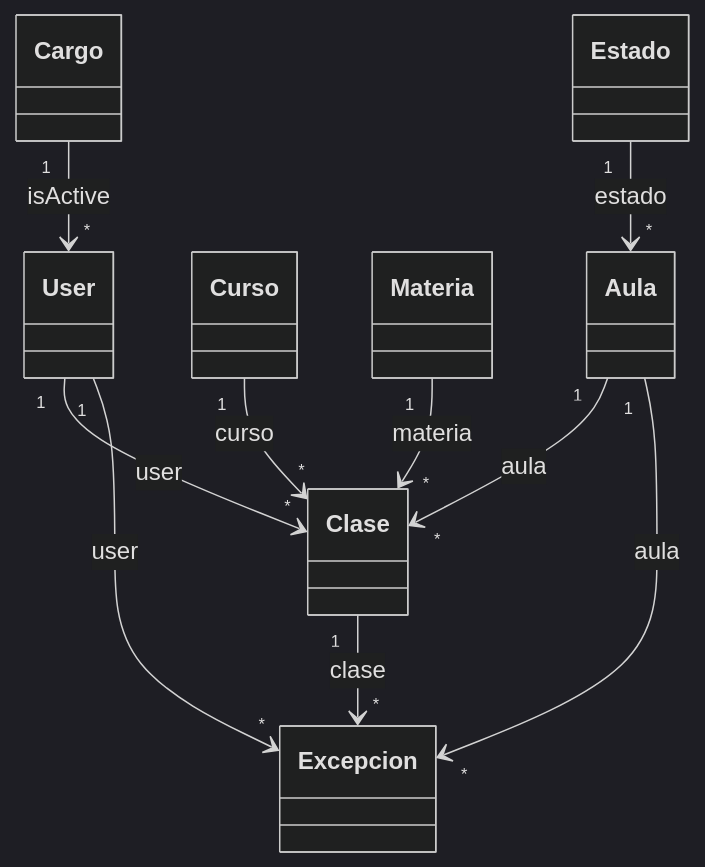
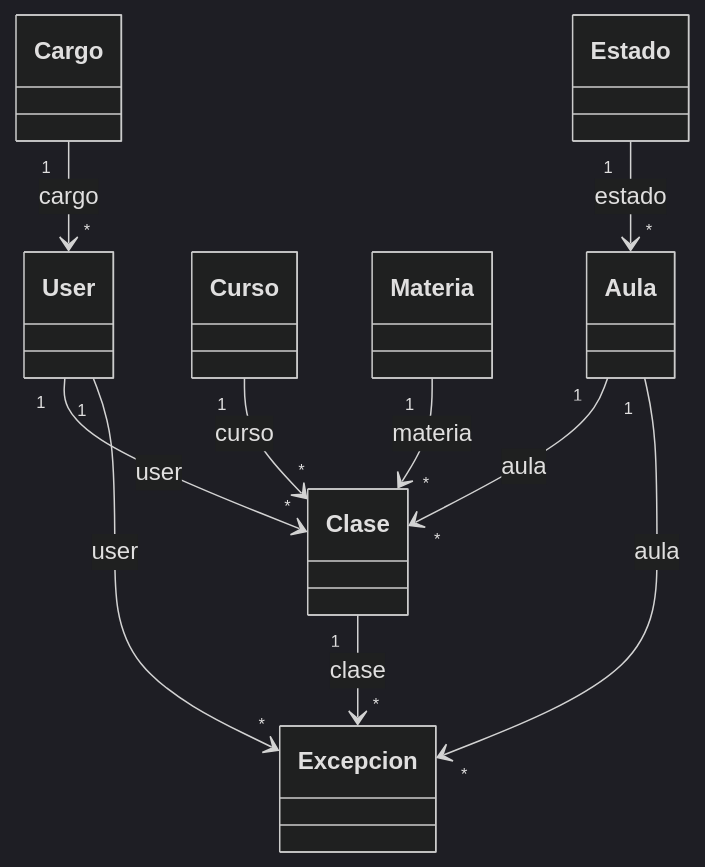
Before and after one commit to Santiago107R/afora-backend: the diagram in docs/uml-diagrama.md, drawn with Mermaid (dark theme).

Commit message:
fix: update UML diagram to correctly reflect Cargo association with User

````diff
--- a/docs/uml-diagrama.md
+++ b/docs/uml-diagrama.md
@@ -5,22 +5,22 @@
 ```mermaid
 classDiagram
 
 class Aula {}
 class Cargo {}
 class Clase {}
 class Curso {}
 class Estado {}
 class Excepcion {}
 class Materia {}
 class User {}
 
 Estado "1" --> "*" Aula : estado
 User "1" --> "*" Clase : user
 Aula "1" --> "*" Clase : aula
 Curso "1" --> "*" Clase : curso
 Materia "1" --> "*" Clase : materia
 Clase "1" --> "*" Excepcion : clase
 User "1" --> "*" Excepcion : user
 Aula "1" --> "*" Excepcion : aula
-Cargo "1" --> "*" User : isActive
+Cargo "1" --> "*" User : cargo
 ```
````
